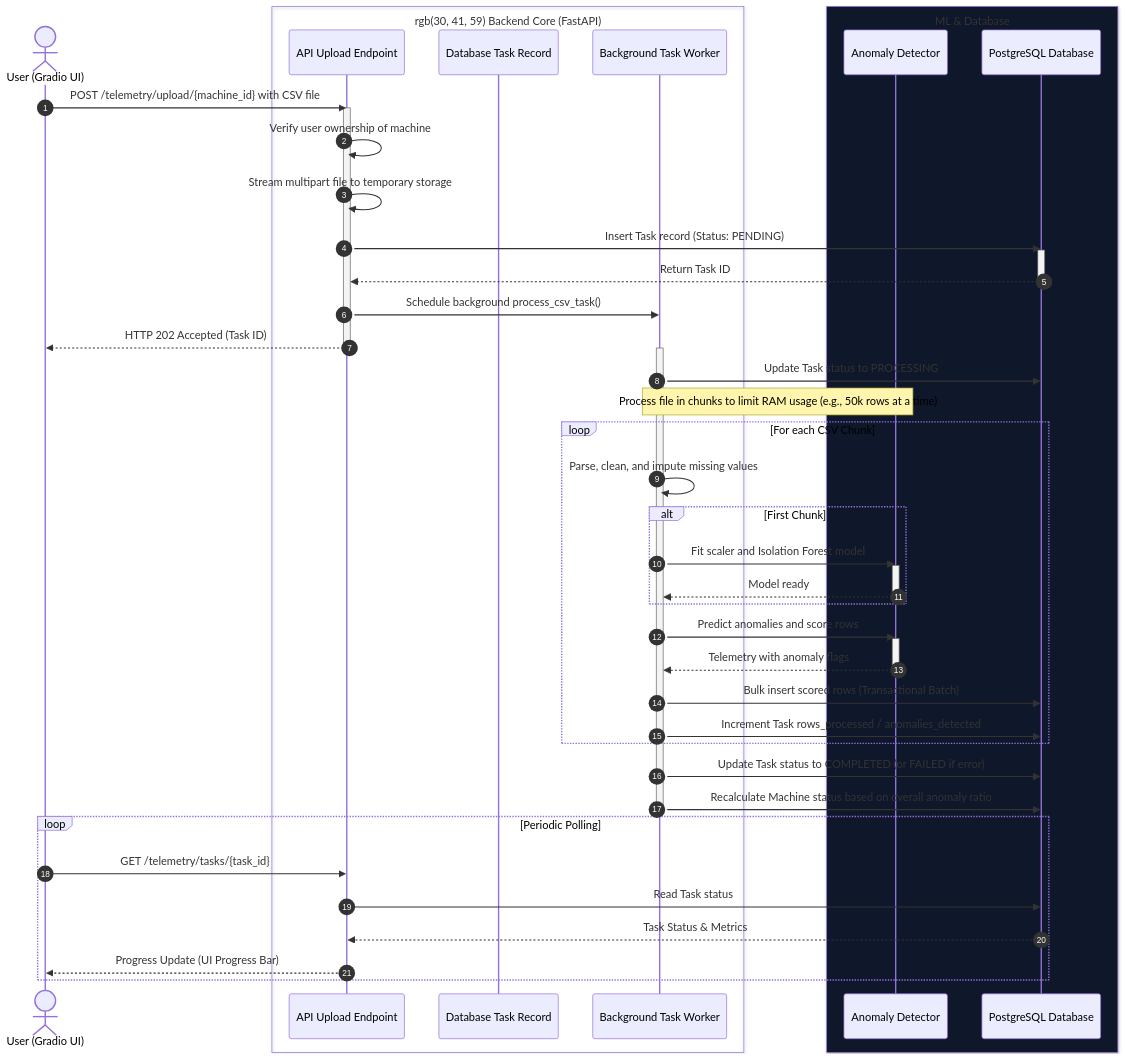
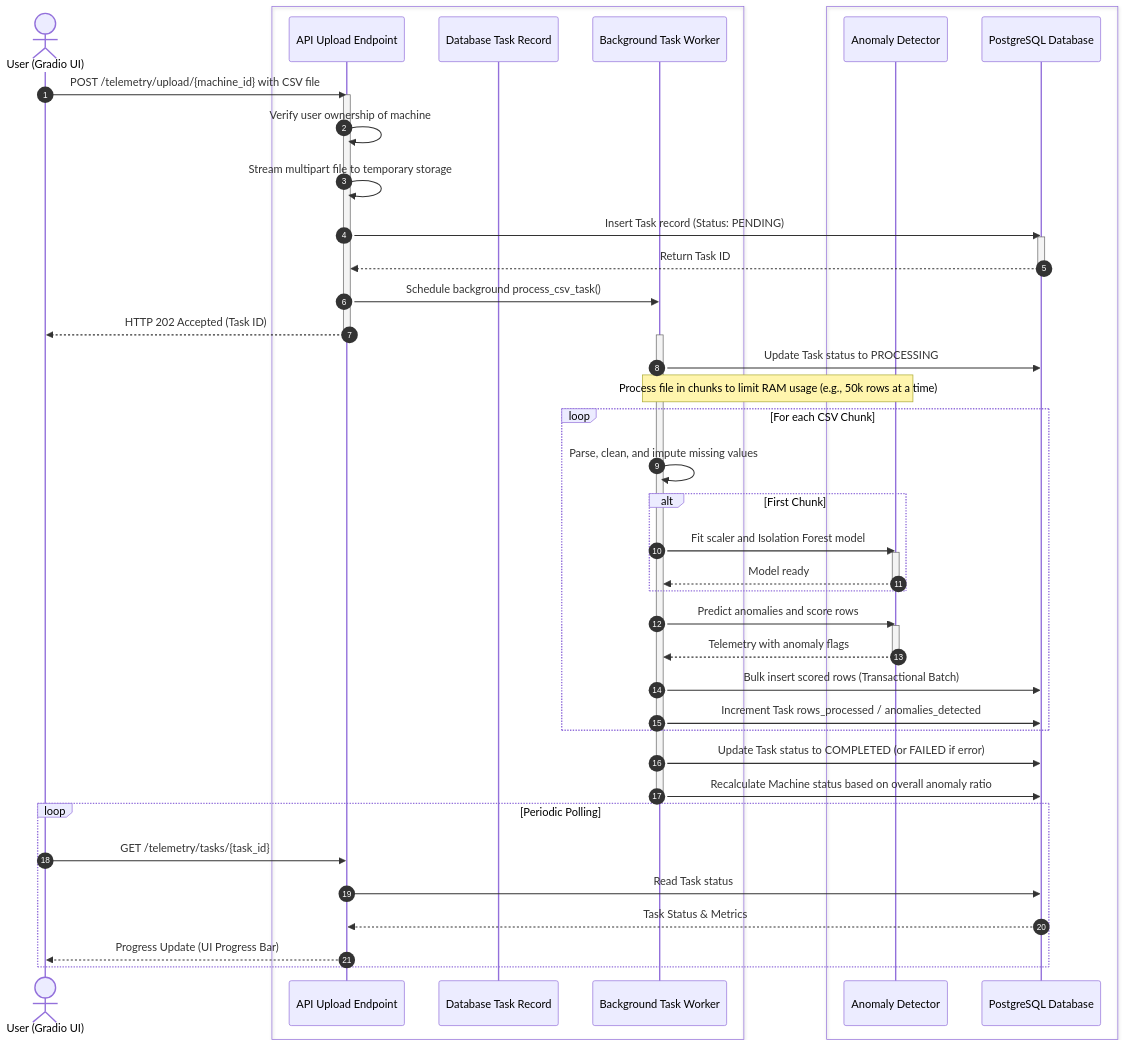
One commit to martian7777/Predictive-Maintenance-Backend-Api changed the second of 2 diagrams in ARCHITECTURE.md. Above: the diagram before and after it, drawn with Mermaid. The commit also changed other lines of this file and 1 other file, not shown here.

Commit message:
docs: simplify and clean up Mermaid diagrams in README and ARCHITECTURE documentation

````diff
--- a/ARCHITECTURE.md
+++ b/ARCHITECTURE.md
@@ -99,67 +91,67 @@
 ```mermaid
 sequenceDiagram
     autonumber
     
     actor User as User (Gradio UI)
     
-    box rgb(30, 41, 59) Backend Core (FastAPI)
+    box #1e293b Backend Core (FastAPI)
         participant API as API Upload Endpoint
         participant Task as Database Task Record
         participant BG as Background Task Worker
     end
 
-    box rgb(15, 23, 42) ML & Database
+    box #0f172a ML & Database
         participant ML as Anomaly Detector
         participant DB as PostgreSQL Database
     end
 
     User->>API: POST /telemetry/upload/{machine_id} with CSV file
     activate API
     API->>API: Verify user ownership of machine
     API->>API: Stream multipart file to temporary storage
     
     API->>DB: Insert Task record (Status: PENDING)
     activate DB
     DB-->>API: Return Task ID
     deactivate DB
 
     API->>BG: Schedule background process_csv_task()
     API-->>User: HTTP 202 Accepted (Task ID)
     deactivate API
 
     %% Background execution
     activate BG
     BG->>DB: Update Task status to PROCESSING
     
     Note over BG, ML: Process file in chunks to limit RAM usage (e.g., 50k rows at a time)
     
     loop For each CSV Chunk
         BG->>BG: Parse, clean, and impute missing values
         
         alt First Chunk
             BG->>ML: Fit scaler and Isolation Forest model
             activate ML
             ML-->>BG: Model ready
             deactivate ML
         end
         
         BG->>ML: Predict anomalies and score rows
         activate ML
         ML-->>BG: Telemetry with anomaly flags
         deactivate ML
         
         BG->>DB: Bulk insert scored rows (Transactional Batch)
         BG->>DB: Increment Task rows_processed / anomalies_detected
     end
     
     BG->>DB: Update Task status to COMPLETED (or FAILED if error)
     BG->>DB: Recalculate Machine status based on overall anomaly ratio
     deactivate BG
     
     loop Periodic Polling
         User->>API: GET /telemetry/tasks/{task_id}
         API->>DB: Read Task status
         DB-->>API: Task Status & Metrics
         API-->>User: Progress Update (UI Progress Bar)
     end
 ```
````
